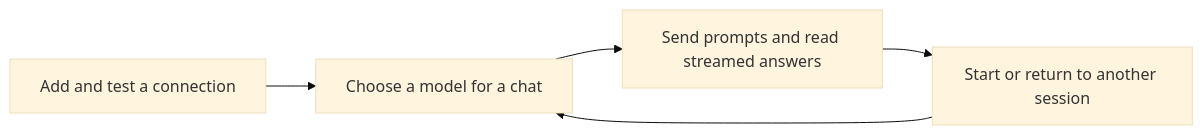
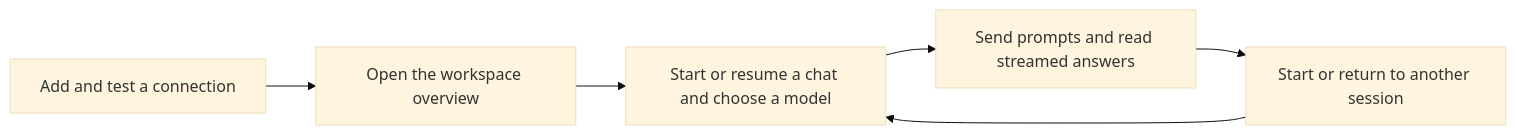
The diagram in docs/PRODUCT_CONCEPT.md (vimalanandans/ai-chat), drawn with Mermaid (base theme) before and after one commit. The commit also changed other lines of this file and 11 other files, not shown here.

````diff
--- a/docs/PRODUCT_CONCEPT.md
+++ b/docs/PRODUCT_CONCEPT.md
@@ -26,7 +26,8 @@
 ```mermaid
 flowchart LR
-  Connect[Add and test a connection] --> Choose[Choose a model for a chat]
+  Connect[Add and test a connection] --> Overview[Open the workspace overview]
+  Overview --> Choose[Start or resume a chat and choose a model]
   Choose --> Converse[Send prompts and read streamed answers]
   Converse --> Branch[Start or return to another session]
   Branch --> Choose
 ```
````
